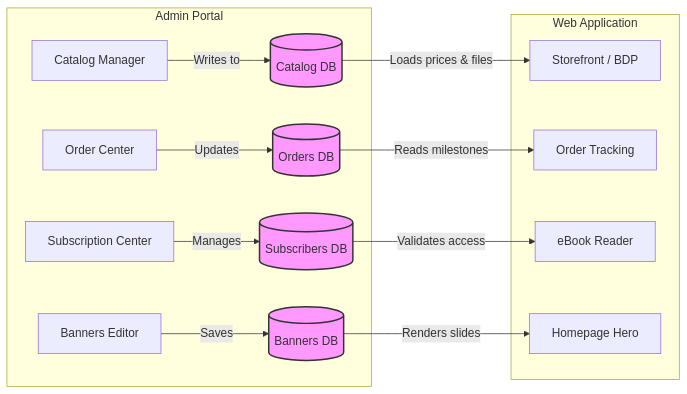
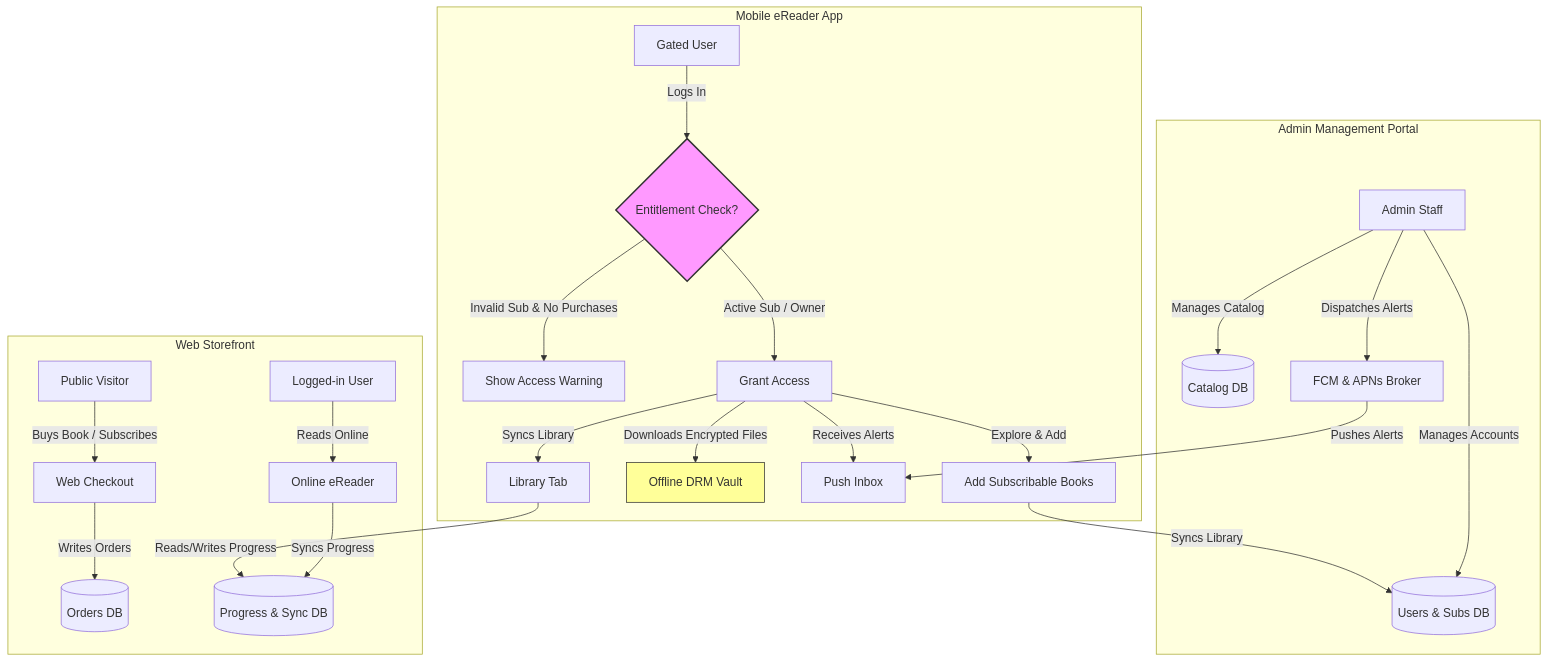
One commit to kevinkjose100-byte/amritaadminupdated changed the diagram in Gaps_Analysis.md. Above: the diagram before and after it, drawn with Mermaid. The commit also changed other lines of this file and 1 other file, not shown here.

Commit message:
docs: Add Mobile App PRD and update Gaps Analysis with three-way comparison

````diff
--- a/Gaps_Analysis.md
+++ b/Gaps_Analysis.md
@@ -39,21 +46,32 @@
 ```mermaid
-graph LR
-  subgraph Admin Portal
-    A[Catalog Manager] -->|Writes to| DB_Catalog[(Catalog DB)]
-    B[Order Center] -->|Updates| DB_Orders[(Orders DB)]
-    C[Subscription Center] -->|Manages| DB_Subs[(Subscribers DB)]
-    D[Banners Editor] -->|Saves| DB_Banners[(Banners DB)]
+graph TD
+  subgraph Admin Portal [Admin Management Portal]
+    Admin[Admin Staff] -->|Manages Catalog| DB_Books[(Catalog DB)]
+    Admin -->|Dispatches Alerts| APNS_FCM[FCM & APNs Broker]
+    Admin -->|Manages Accounts| DB_Users[(Users & Subs DB)]
   end
 
-  subgraph Web Application
-    DB_Catalog -->|Loads prices & files| WA_Store[Storefront / BDP]
-    DB_Orders -->|Reads milestones| WA_Tracking[Order Tracking]
-    DB_Subs -->|Validates access| WA_Reader[eBook Reader]
-    DB_Banners -->|Renders slides| WA_Home[Homepage Hero]
+  subgraph Web App [Web Storefront]
+    Guest[Public Visitor] -->|Buys Book / Subscribes| Web_Checkout[Web Checkout]
+    Web_Checkout -->|Writes Orders| DB_Orders[(Orders DB)]
+    User_W[Logged-in User] -->|Reads Online| Web_Reader[Online eReader]
+    Web_Reader -->|Syncs Progress| DB_Progress[(Progress & Sync DB)]
   end
 
-  style DB_Catalog fill:#f9f,stroke:#333,stroke-width:2px
-  style DB_Orders fill:#f9f,stroke:#333,stroke-width:2px
-  style DB_Subs fill:#f9f,stroke:#333,stroke-width:2px
-  style DB_Banners fill:#f9f,stroke:#333,stroke-width:2px
+  subgraph Mobile App [Mobile eReader App]
+    User_M[Gated User] -->|Logs In| Auth_Gate{Entitlement Check?}
+    Auth_Gate -- Invalid Sub & No Purchases --> Block[Show Access Warning]
+    Auth_Gate -- Active Sub / Owner --> Access[Grant Access]
+    Access -->|Syncs Library| Mob_Lib[Library Tab]
+    Access -->|Downloads Encrypted Files| Mob_Offline[Offline DRM Vault]
+    Access -->|Receives Alerts| Mob_Inbox[Push Inbox]
+    Access -->|Explore & Add| Mob_Add[Add Subscribable Books]
+    
+    Mob_Add -->|Syncs Library| DB_Users
+    Mob_Lib -->|Reads/Writes Progress| DB_Progress
+    APNS_FCM -->|Pushes Alerts| Mob_Inbox
+  end
+
+  style Auth_Gate fill:#f9f,stroke:#333,stroke-width:2px
+  style Mob_Offline fill:#ff9,stroke:#333,stroke-width:1px
 ```
````
